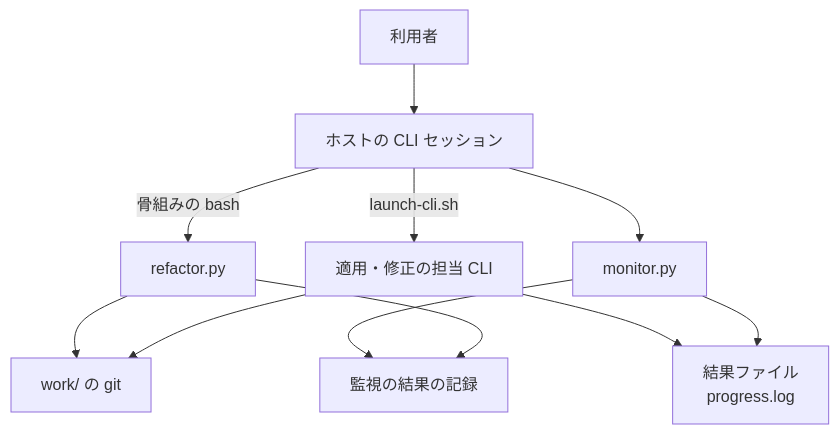
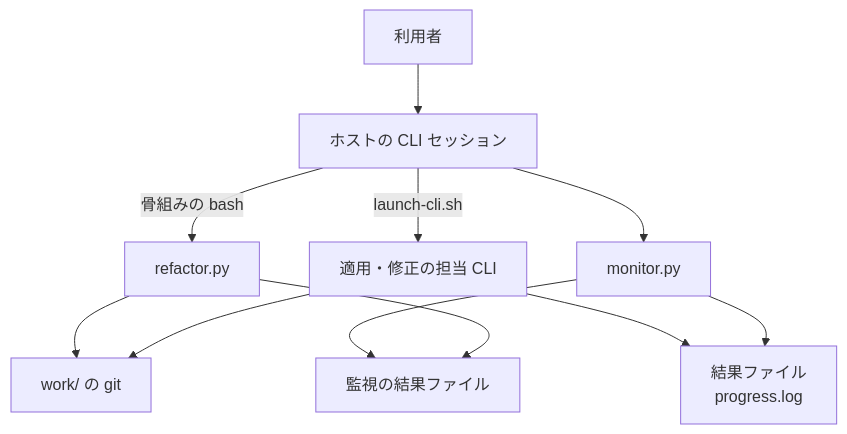
The third of 6 diagrams in issues/issue-647-592-553-design.md (devbasex/ai-plugins), drawn with Mermaid before and after one commit. The commit also changed other lines of this file and 1 other file, not shown here.

````diff
--- a/issues/issue-647-592-553-design.md
+++ b/issues/issue-647-592-553-design.md
@@ -263,13 +263,13 @@
 ```mermaid
 graph TD
     利用者 --> ホスト[ホストの CLI セッション]
     ホスト -->|骨組みの bash| RF[refactor.py]
     ホスト -->|launch-cli.sh| 担当[適用・修正の担当 CLI]
     ホスト --> 監視[monitor.py]
     RF --> WORK[work/ の git]
     担当 --> WORK
     担当 --> 結果[結果ファイル<br/>progress.log]
     監視 --> 結果
-    監視 --> 記録[監視の結果の記録]
+    監視 --> 記録[監視の結果ファイル]
     RF --> 記録
 ```
````
